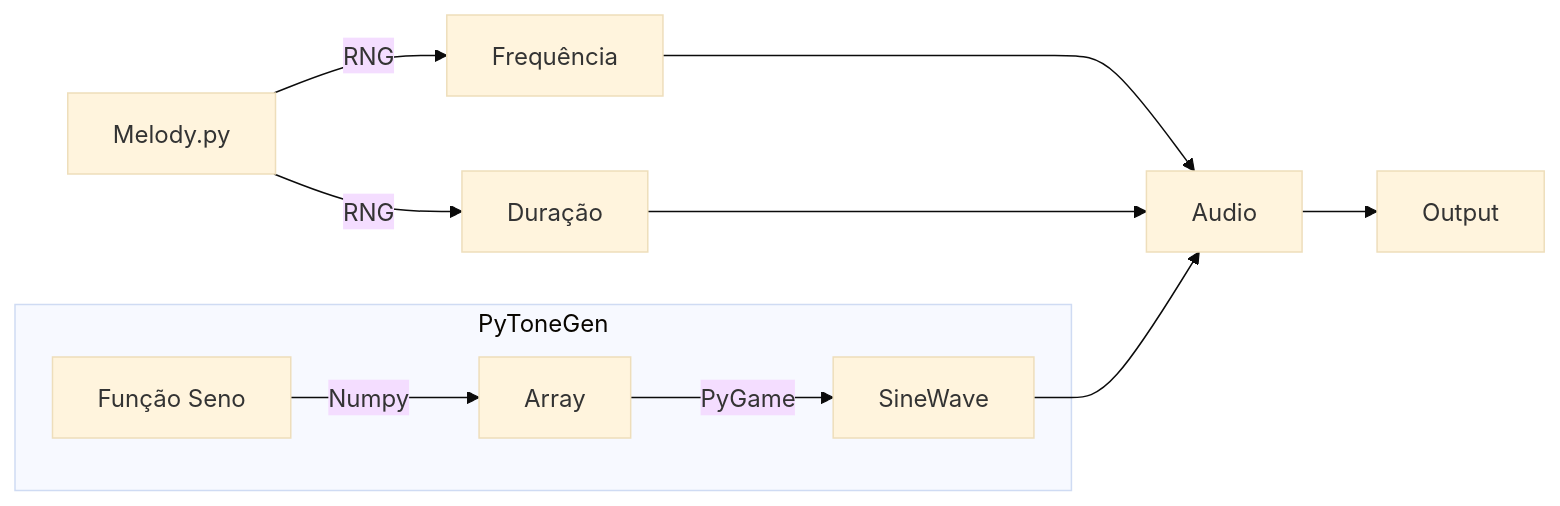
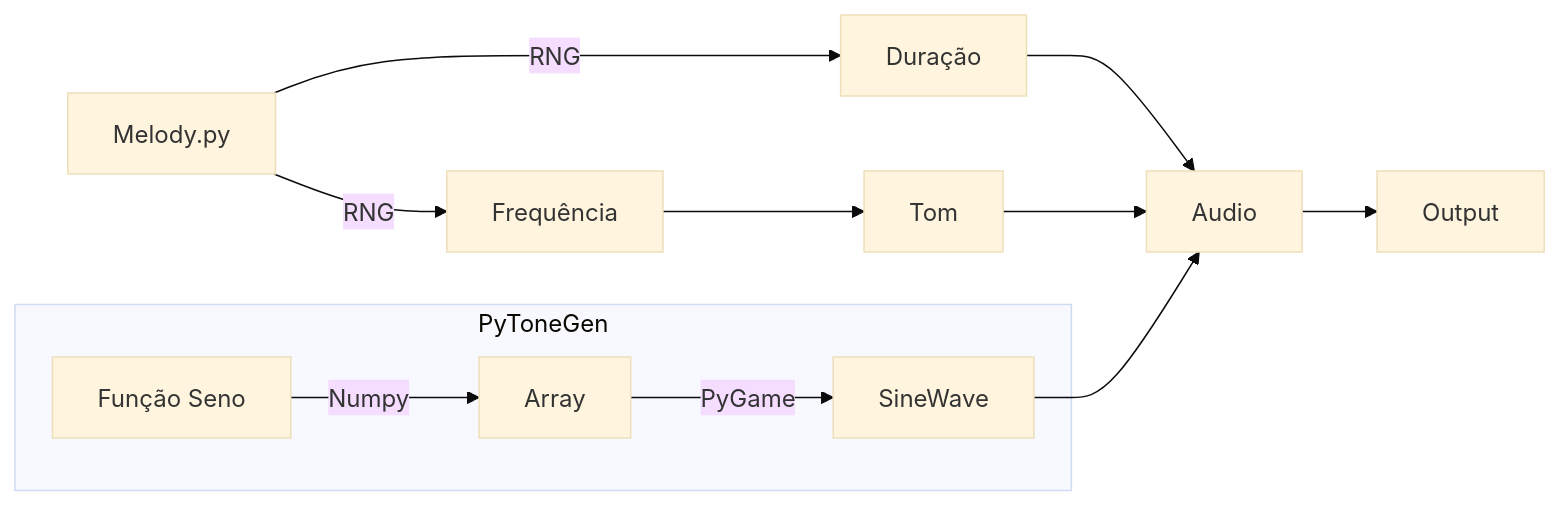
One commit to OctavioFurio/PyToneGen changed the diagram in README.md. Above: the diagram before and after it, drawn with Mermaid (base theme).

````diff
--- a/README.md
+++ b/README.md
@@ -11,11 +11,13 @@
 ```mermaid
 
 flowchart LR
-  Melody.py --RNG--> Frequência & Duração ---> Audio
+  Melody.py --RNG--> Frequência & Duração
+  Duração --> Audio
+  Frequência --> Tom --> Audio
   
   subgraph PyToneGen
   id1["Função Seno"] --Numpy--> Array --PyGame--> SineWave
   end
   
   SineWave --> Audio --> Output
 ```
````
